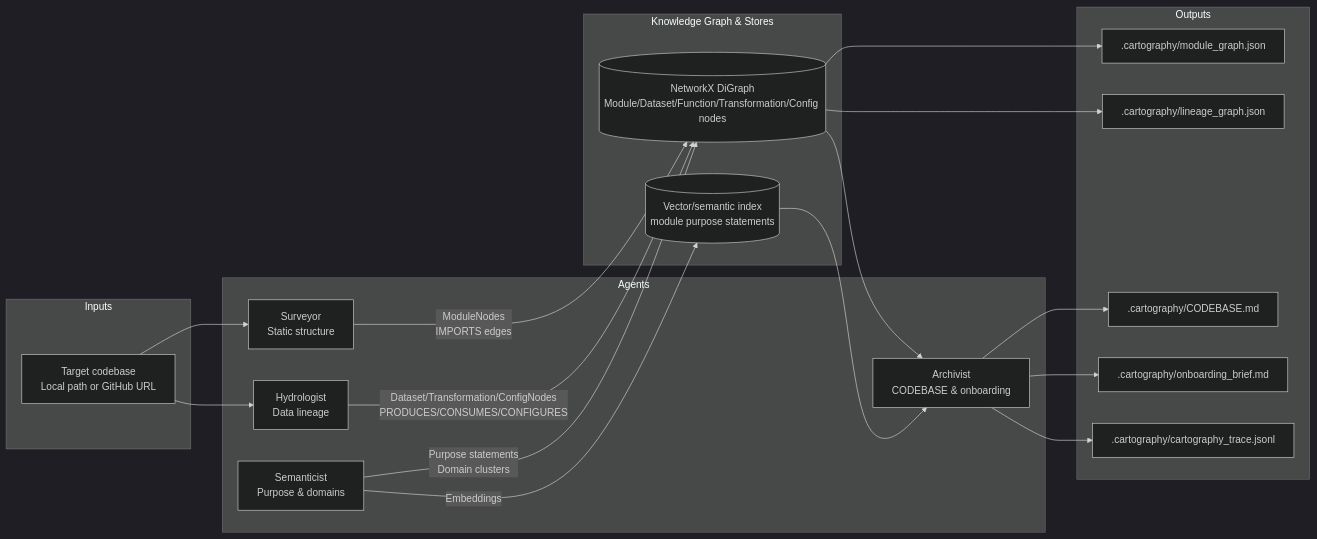
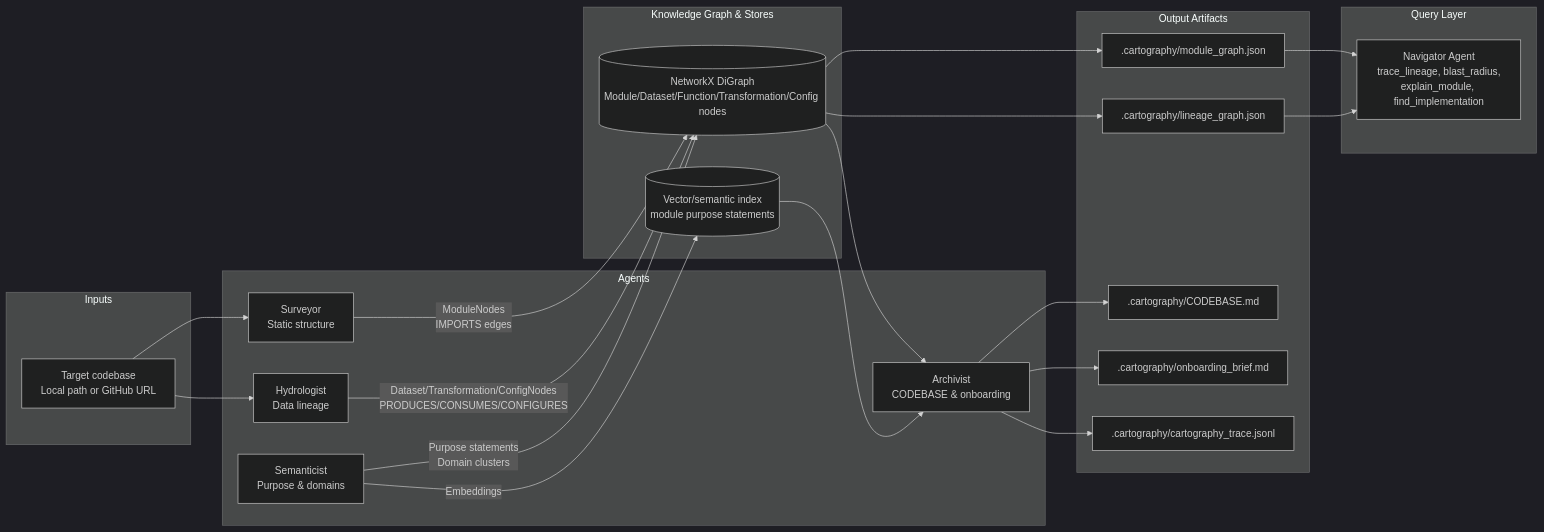
One commit to Bnobody47/Z-Brownfield-Cartographer changed the first of 2 diagrams in FINAL_REPORT.md. Above: the diagram before and after it, drawn with Mermaid (dark theme). The commit also changed other lines of this file and 15 other files, not shown here.

````diff
--- a/FINAL_REPORT.md
+++ b/FINAL_REPORT.md
@@ -76,44 +76,51 @@
 ```mermaid
 flowchart LR
     subgraph Inputs
         A[Target codebase<br/>Local path or GitHub URL]
     end
 
     subgraph Agents
         S[Surveyor<br/>Static structure]
         H[Hydrologist<br/>Data lineage]
         Se[Semanticist<br/>Purpose & domains]
         Ar[Archivist<br/>CODEBASE & onboarding]
     end
 
     subgraph KG[Knowledge Graph & Stores]
         G[(NetworkX DiGraph<br/>Module/Dataset/Function/Transformation/Config nodes)]
         V[(Vector/semantic index<br/>module purpose statements)]
     end
 
-    subgraph Outputs
+    subgraph Artifacts[Output Artifacts]
         O1[.cartography/module_graph.json]
         O2[.cartography/lineage_graph.json]
         O3[.cartography/CODEBASE.md]
         O4[.cartography/onboarding_brief.md]
         O5[.cartography/cartography_trace.jsonl]
+    end
+
+    subgraph QueryLayer[Query Layer]
+        N[Navigator Agent<br/>trace_lineage, blast_radius,<br/>explain_module, find_implementation]
     end
 
     A --> S
     A --> H
 
     S -- ModuleNodes<br/>IMPORTS edges --> G
     H -- Dataset/Transformation/ConfigNodes<br/>PRODUCES/CONSUMES/CONFIGURES --> G
     Se -- Purpose statements<br/>Domain clusters --> G
     Se -- Embeddings --> V
 
     G --> Ar
     V --> Ar
 
     Ar --> O3
     Ar --> O4
     Ar --> O5
 
     G --> O1
     G --> O2
+
+    O1 --> N
+    O2 --> N
 ```
````
